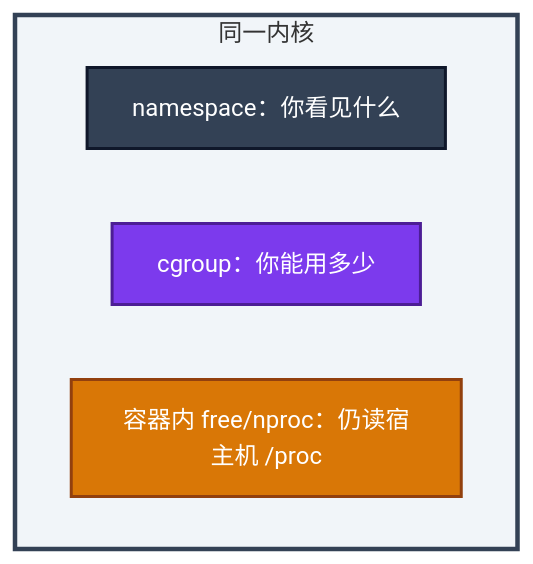
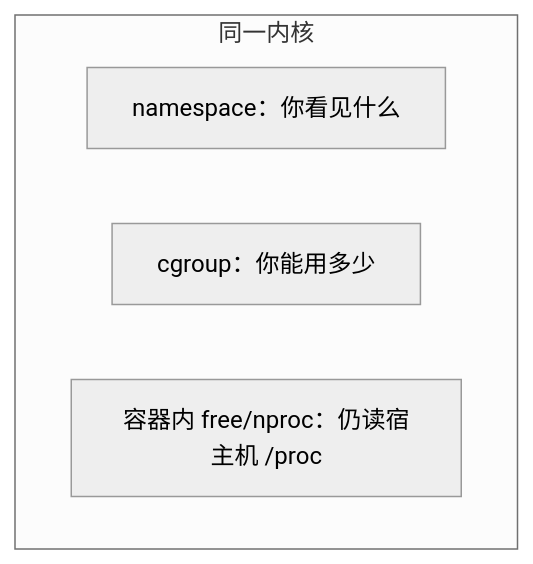
One commit to ml-cuizijun/LearnToLilith changed the first of 6 diagrams in 01-基础底座/10-cgroup与容器/练习题.md. Above: the diagram before and after it, drawn with Mermaid (neutral theme). The commit also changed other lines of this file and 470 other files, not shown here.

````diff
--- a/01-基础底座/10-cgroup与容器/练习题.md
+++ b/01-基础底座/10-cgroup与容器/练习题.md
@@ -46,15 +50,8 @@
 ```mermaid
 flowchart TB
     subgraph k ["同一内核"]
         ns[namespace：你看见什么]
         cg[cgroup：你能用多少]
         lie[容器内 free/nproc：仍读宿主机 /proc]
     end
-    classDef a fill:#334155,stroke:#0F172A,stroke-width:2px,color:#fff
-    classDef b fill:#7C3AED,stroke:#4C1D95,stroke-width:2px,color:#fff
-    classDef c fill:#D97706,stroke:#92400E,stroke-width:2px,color:#fff
-    class ns a
-    class cg b
-    class lie c
-    style k fill:#F1F5F9,stroke:#334155,stroke-width:3px
 ```
````
